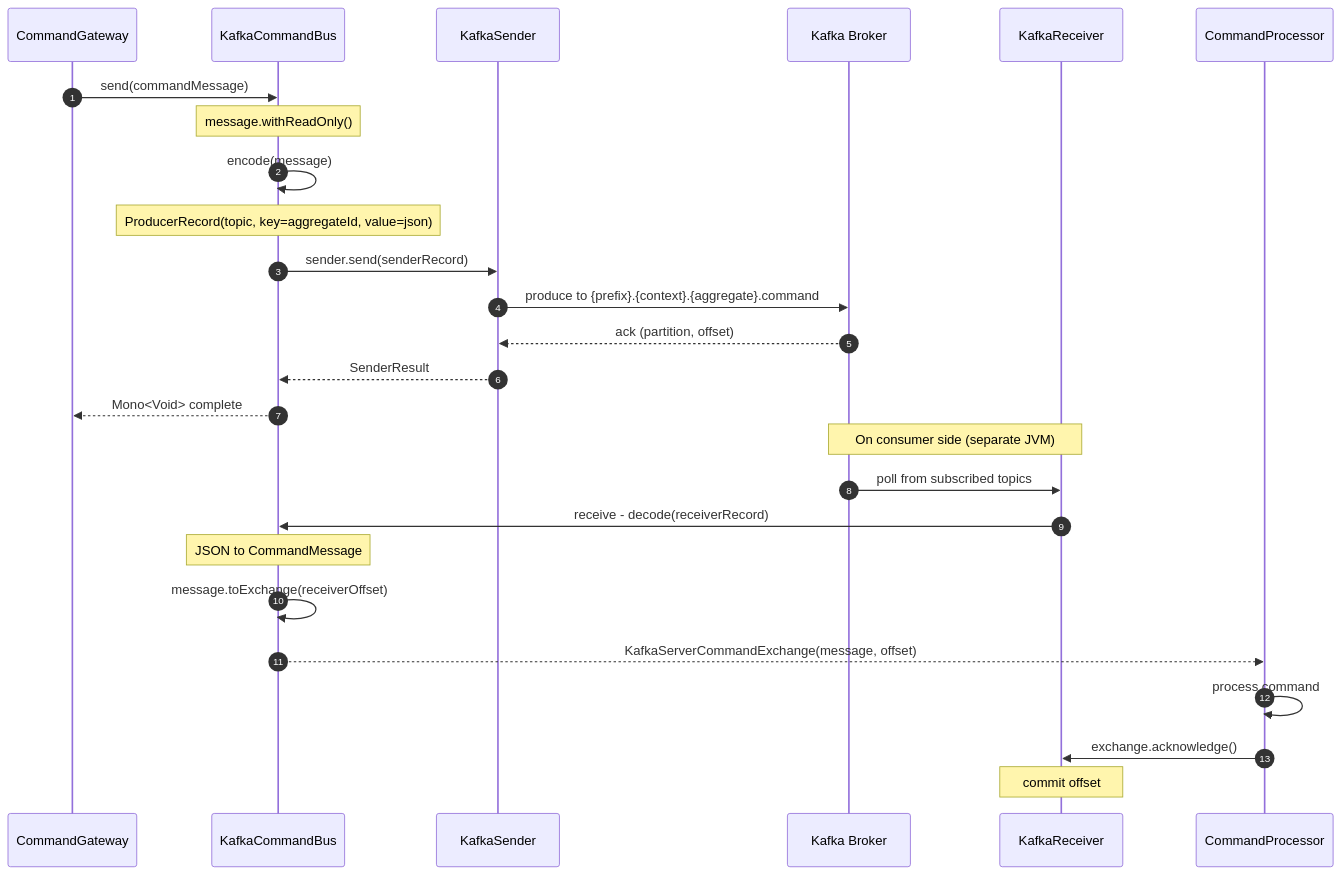
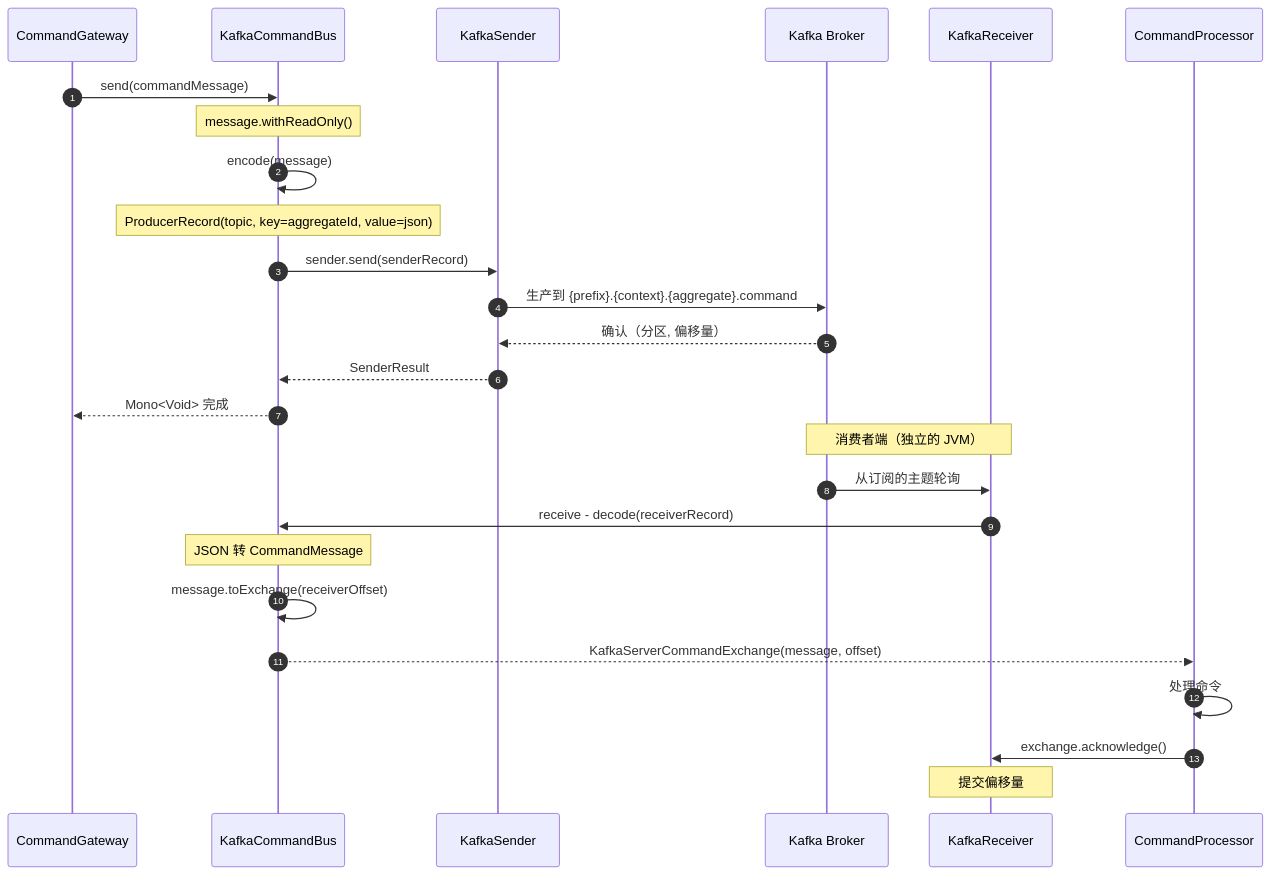
The third of 6 diagrams in documentation/docs/zh/guide/extensions/kafka.md (Ahoo-Wang/Wow), drawn with Mermaid before and after one commit. The commit also changed other lines of this file and 11 other files, not shown here.

````diff
--- a/documentation/docs/zh/guide/extensions/kafka.md
+++ b/documentation/docs/zh/guide/extensions/kafka.md
@@ -128,30 +128,30 @@
 ```mermaid
 sequenceDiagram
     autonumber
     participant CG as CommandGateway
     participant KCB as KafkaCommandBus
     participant KS as KafkaSender
     participant K as Kafka Broker
     participant KR as KafkaReceiver
     participant CP as CommandProcessor
 
     CG->>KCB: send(commandMessage)
     Note over KCB: message.withReadOnly()
     KCB->>KCB: encode(message)
     Note over KCB: ProducerRecord(topic, key=aggregateId, value=json)
     KCB->>KS: sender.send(senderRecord)
-    KS->>K: produce to {prefix}.{context}.{aggregate}.command
-    K-->>KS: ack (partition, offset)
+    KS->>K: 生产到 {prefix}.{context}.{aggregate}.command
+    K-->>KS: 确认（分区, 偏移量）
     KS-->>KCB: SenderResult
-    KCB-->>CG: Mono<Void> complete
+    KCB-->>CG: Mono<Void> 完成
 
-    Note over KR,K: On consumer side (separate JVM)
-    K->>KR: poll from subscribed topics
+    Note over KR,K: 消费者端（独立的 JVM）
+    K->>KR: 从订阅的主题轮询
     KR->>KCB: receive - decode(receiverRecord)
-    Note over KCB: JSON to CommandMessage
+    Note over KCB: JSON 转 CommandMessage
     KCB->>KCB: message.toExchange(receiverOffset)
     KCB-->>CP: KafkaServerCommandExchange(message, offset)
-    CP->>CP: process command
+    CP->>CP: 处理命令
     CP->>KR: exchange.acknowledge()
-    Note over KR: commit offset
+    Note over KR: 提交偏移量
 ```
````
